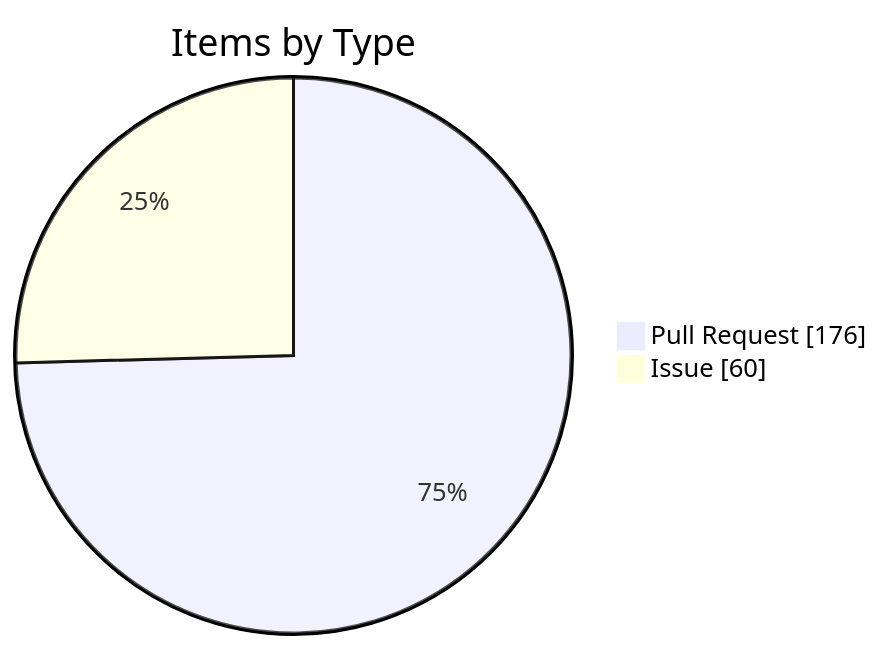
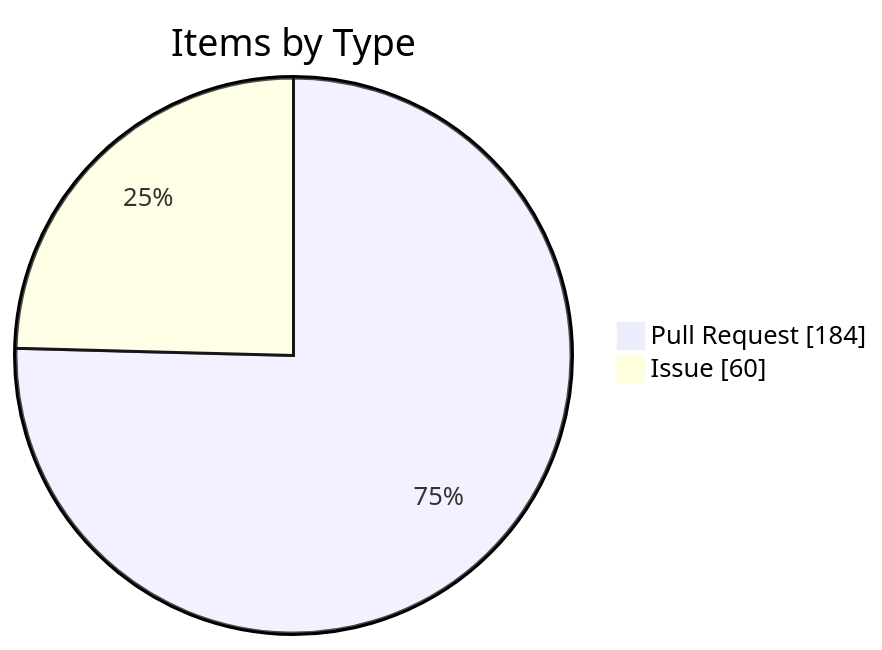
Before and after one commit to KBVE/kbve: the fourth of 4 diagrams in apps/kbve/astro-kbve/src/content/docs/dashboard/kanban.mdx, drawn with Mermaid. The commit also changed other lines of this file and 4 other files, not shown here.

````diff
--- a/apps/kbve/astro-kbve/src/content/docs/dashboard/kanban.mdx
+++ b/apps/kbve/astro-kbve/src/content/docs/dashboard/kanban.mdx
@@ -116,6 +116,6 @@
 ```mermaid
 pie showData
     title Items by Type
-    "Pull Request" : 176
+    "Pull Request" : 184
     "Issue" : 60
 ```
````
